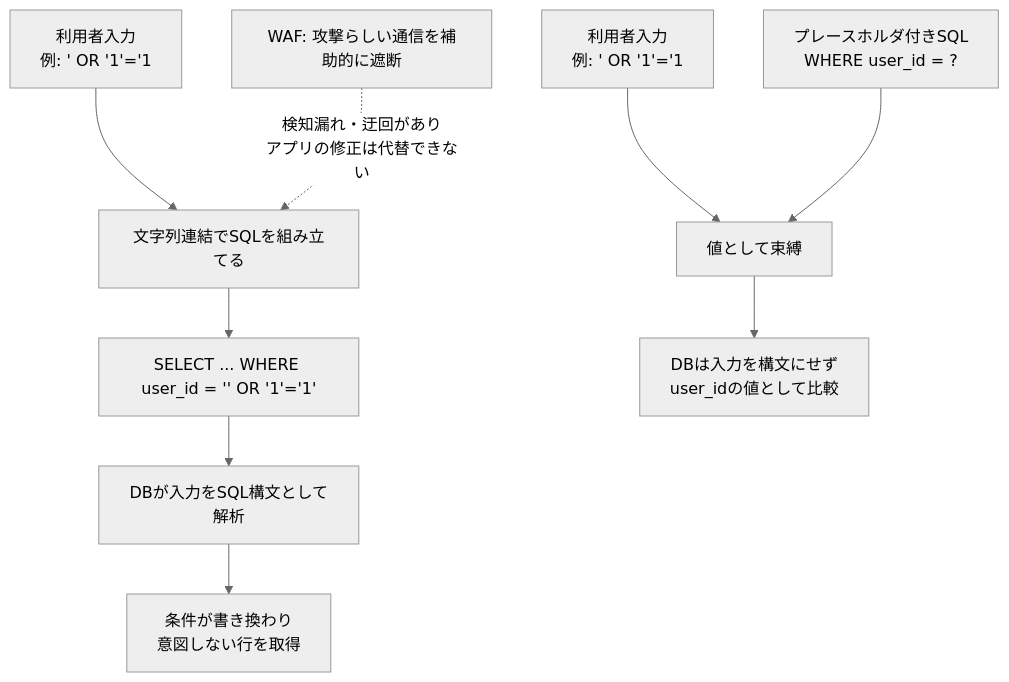
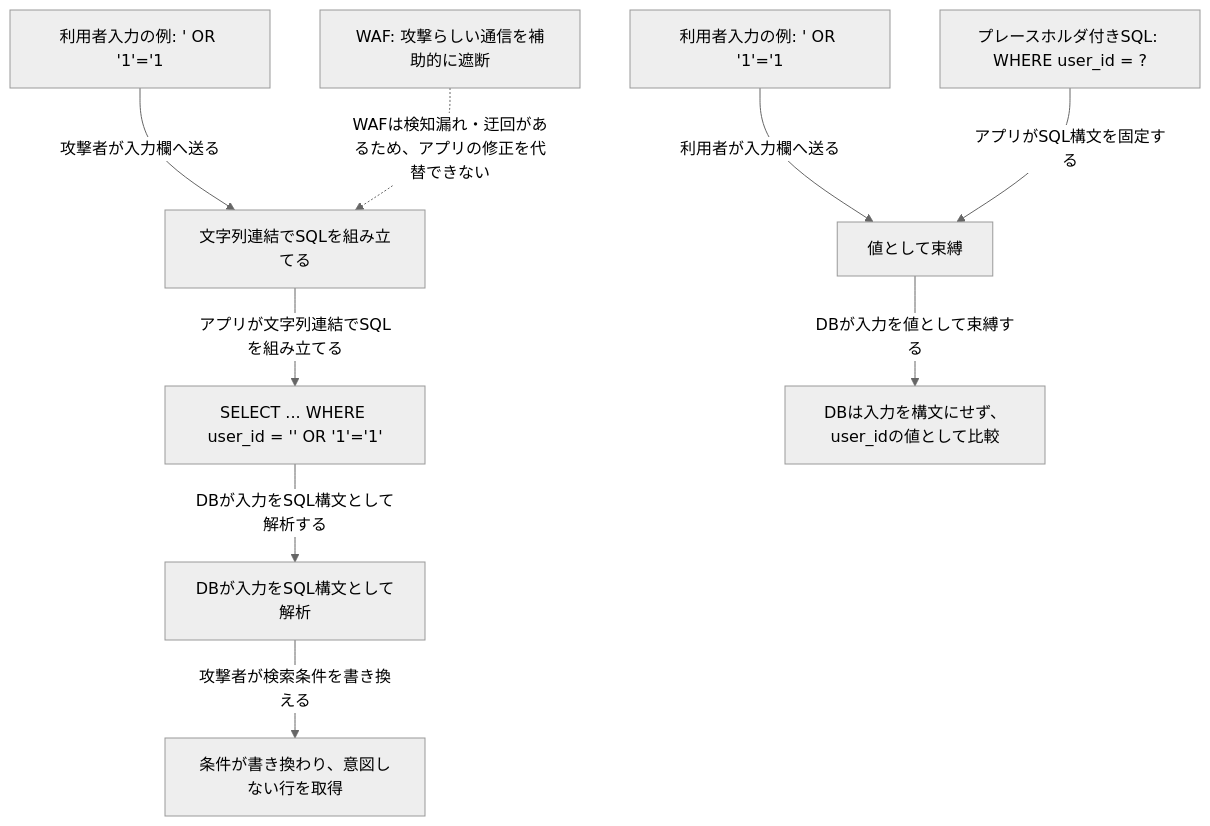
Before and after one commit to ShuntaSakai/security-specialist-study: the diagram in 復習用/SQLインジェクションとプレースホルダ.md, drawn with Mermaid (neutral theme). The commit also changed 9 other files, not shown here.

Commit message:
docs: 復習図の主体と操作を明確化

````diff
--- a/復習用/SQLインジェクションとプレースホルダ.md
+++ b/復習用/SQLインジェクションとプレースホルダ.md
@@ -3,20 +3,24 @@
 ```mermaid
 flowchart TB
-    INPUT["利用者入力<br/>例: ' OR '1'='1"]
+    INPUT["利用者入力の例: ' OR '1'='1"]
     CONCAT["文字列連結でSQLを組み立てる"]
     SQL["SELECT ... WHERE user_id = '' OR '1'='1'"]
     PARSE["DBが入力をSQL構文として解析"]
-    ATTACK["条件が書き換わり<br/>意図しない行を取得"]
+    ATTACK["条件が書き換わり、意図しない行を取得"]
 
-    INPUT --> CONCAT --> SQL --> PARSE --> ATTACK
+    INPUT -->|"攻撃者が入力欄へ送る"| CONCAT
+    CONCAT -->|"アプリが文字列連結でSQLを組み立てる"| SQL
+    SQL -->|"DBが入力をSQL構文として解析する"| PARSE
+    PARSE -->|"攻撃者が検索条件を書き換える"| ATTACK
 
-    INPUT2["利用者入力<br/>例: ' OR '1'='1"]
-    PREPARE["プレースホルダ付きSQL<br/>WHERE user_id = ?"]
+    INPUT2["利用者入力の例: ' OR '1'='1"]
+    PREPARE["プレースホルダ付きSQL: WHERE user_id = ?"]
     BIND["値として束縛"]
-    SAFE["DBは入力を構文にせず<br/>user_idの値として比較"]
+    SAFE["DBは入力を構文にせず、user_idの値として比較"]
 
-    INPUT2 --> BIND
-    PREPARE --> BIND --> SAFE
+    INPUT2 -->|"利用者が入力欄へ送る"| BIND
+    PREPARE -->|"アプリがSQL構文を固定する"| BIND
+    BIND -->|"DBが入力を値として束縛する"| SAFE
 
-    WAF["WAF: 攻撃らしい通信を補助的に遮断"] -. "検知漏れ・迂回があり<br/>アプリの修正は代替できない" .-> CONCAT
+    WAF["WAF: 攻撃らしい通信を補助的に遮断"] -. "WAFは検知漏れ・迂回があるため、アプリの修正を代替できない" .-> CONCAT
 ```
````
